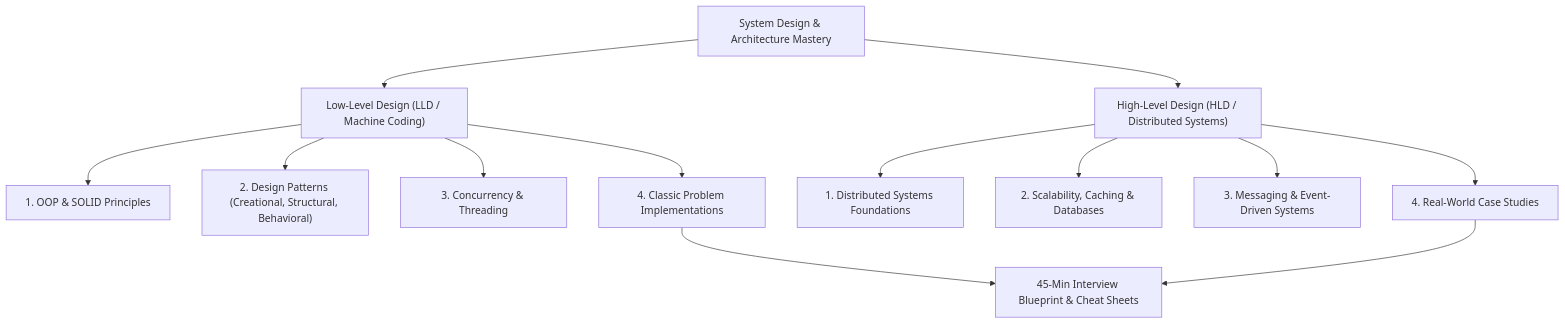
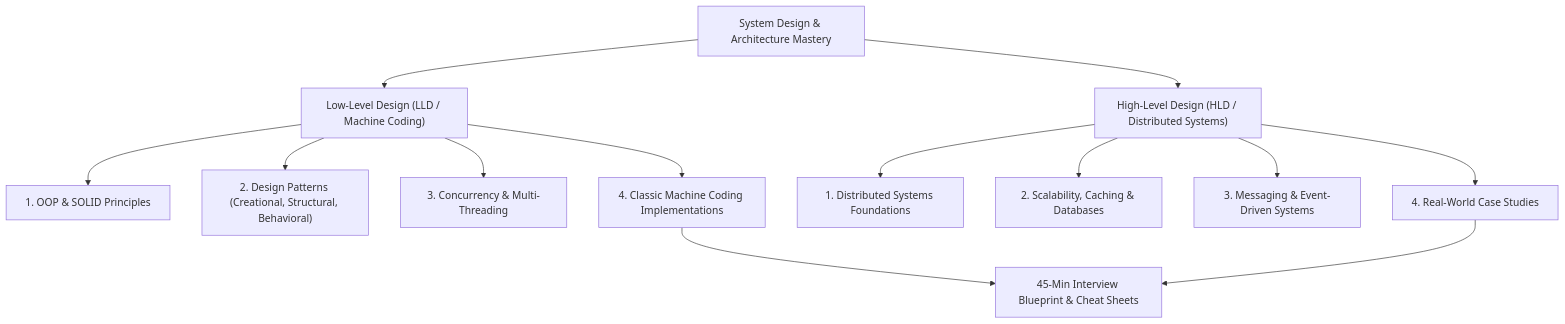
One commit to sahilssh/lldhld changed the diagram in README.md. Above: the diagram before and after it, drawn with Mermaid. The commit also changed other lines of this file and 19 other files, not shown here.

Commit message:
feat: complete comprehensive LLD & HLD handbook with patterns, problems, and system architectures

````diff
--- a/README.md
+++ b/README.md
@@ -13,18 +13,18 @@
 ```mermaid
 flowchart TD
     Start["System Design & Architecture Mastery"] --> LLD["Low-Level Design (LLD / Machine Coding)"]
     Start --> HLD["High-Level Design (HLD / Distributed Systems)"]
 
     LLD --> LLD1["1. OOP & SOLID Principles"]
     LLD --> LLD2["2. Design Patterns (Creational, Structural, Behavioral)"]
-    LLD --> LLD3["3. Concurrency & Threading"]
-    LLD --> LLD4["4. Classic Problem Implementations"]
+    LLD --> LLD3["3. Concurrency & Multi-Threading"]
+    LLD --> LLD4["4. Classic Machine Coding Implementations"]
 
     HLD --> HLD1["1. Distributed Systems Foundations"]
     HLD --> HLD2["2. Scalability, Caching & Databases"]
     HLD --> HLD3["3. Messaging & Event-Driven Systems"]
     HLD --> HLD4["4. Real-World Case Studies"]
 
     LLD4 --> Review["45-Min Interview Blueprint & Cheat Sheets"]
     HLD4 --> Review
 ```
````
